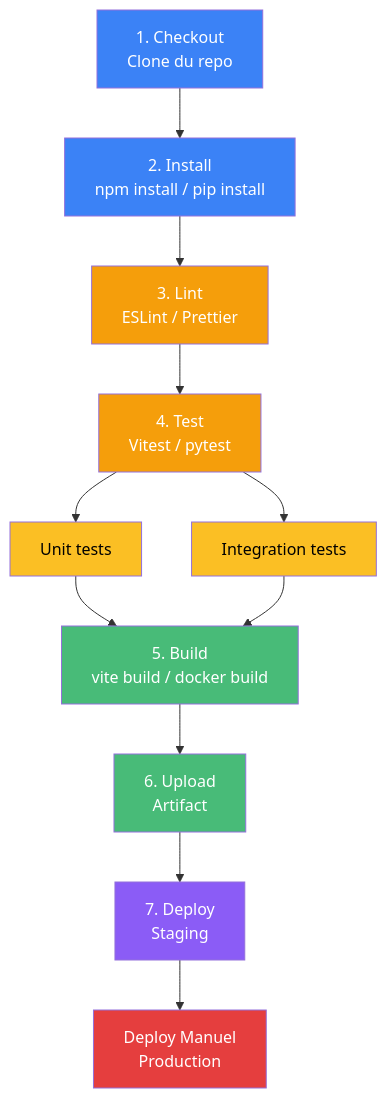
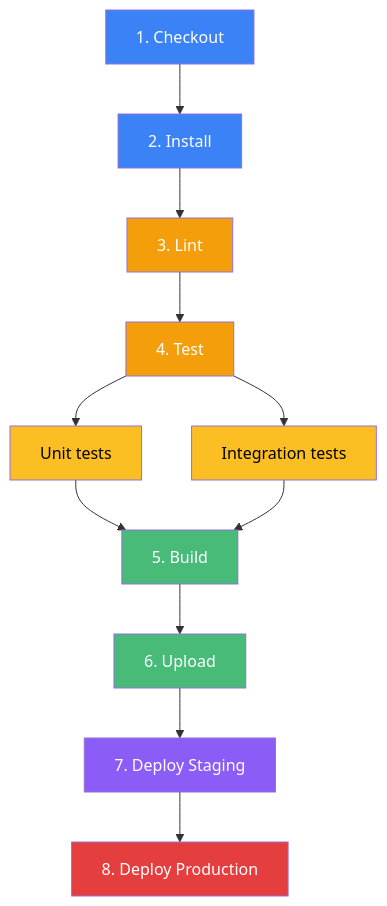
The second of 3 diagrams in slides/05-cicd-github-actions.md (Foreach-Academy-France/formation-devops-initiation), drawn with Mermaid before and after one commit. The commit also changed other lines of this file, not shown here.

First line of the commit message:
🐛 fix(slides): simplify Mermaid labels and add legend in Module 05

```diff
--- a/slides/05-cicd-github-actions.md
+++ b/slides/05-cicd-github-actions.md
@@ -215,32 +215,24 @@
 <div class="mermaid">
 flowchart TD
-    A["1. Checkout
-    Clone du repo"] --> B["2. Install
-    npm install / pip install"]
-    B --> C["3. Lint
-    ESLint / Prettier"]
-    C --> D["4. Test
-    Vitest / pytest"]
+    A[1. Checkout] --> B[2. Install]
+    B --> C[3. Lint]
+    C --> D[4. Test]
     D --> E[Unit tests]
     D --> F[Integration tests]
-    E --> G["5. Build
-    vite build / docker build"]
+    E --> G[5. Build]
     F --> G
-    G --> H["6. Upload
-    Artifact"]
-    H --> I["7. Deploy
-    Staging"]
-    I --> J["Deploy Manuel
-    Production"]
+    G --> H[6. Upload]
+    H --> I[7. Deploy Staging]
+    I --> J[8. Deploy Production]
 
     style A fill:#3b82f6,color:#fff
     style B fill:#3b82f6,color:#fff
     style C fill:#f59e0b,color:#fff
     style D fill:#f59e0b,color:#fff
     style E fill:#fbbf24,color:#000
     style F fill:#fbbf24,color:#000
     style G fill:#48bb78,color:#fff
     style H fill:#48bb78,color:#fff
     style I fill:#8b5cf6,color:#fff
     style J fill:#e53e3e,color:#fff
 </div>
```
